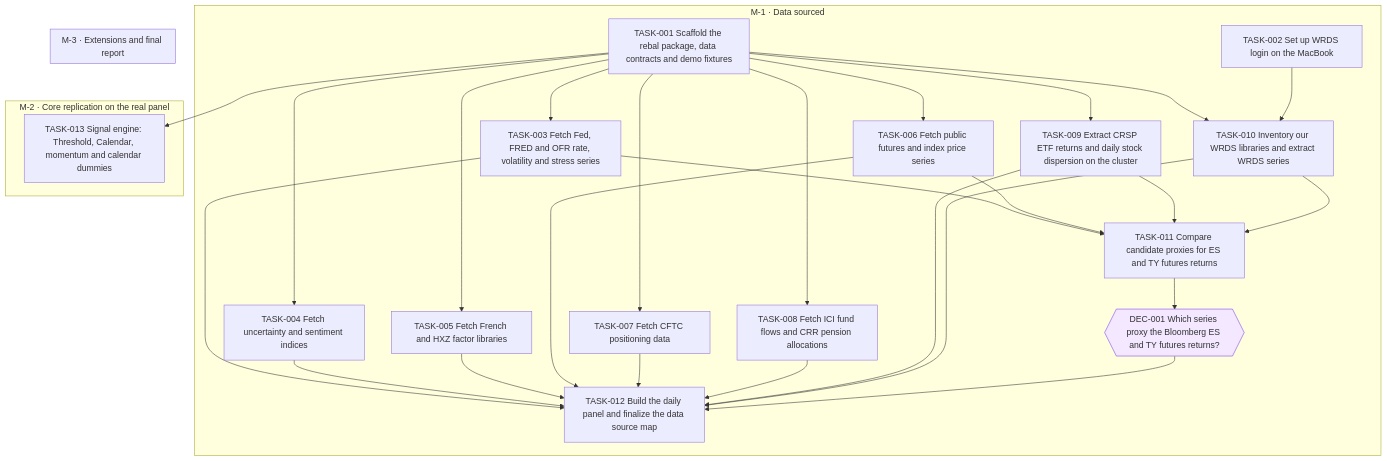
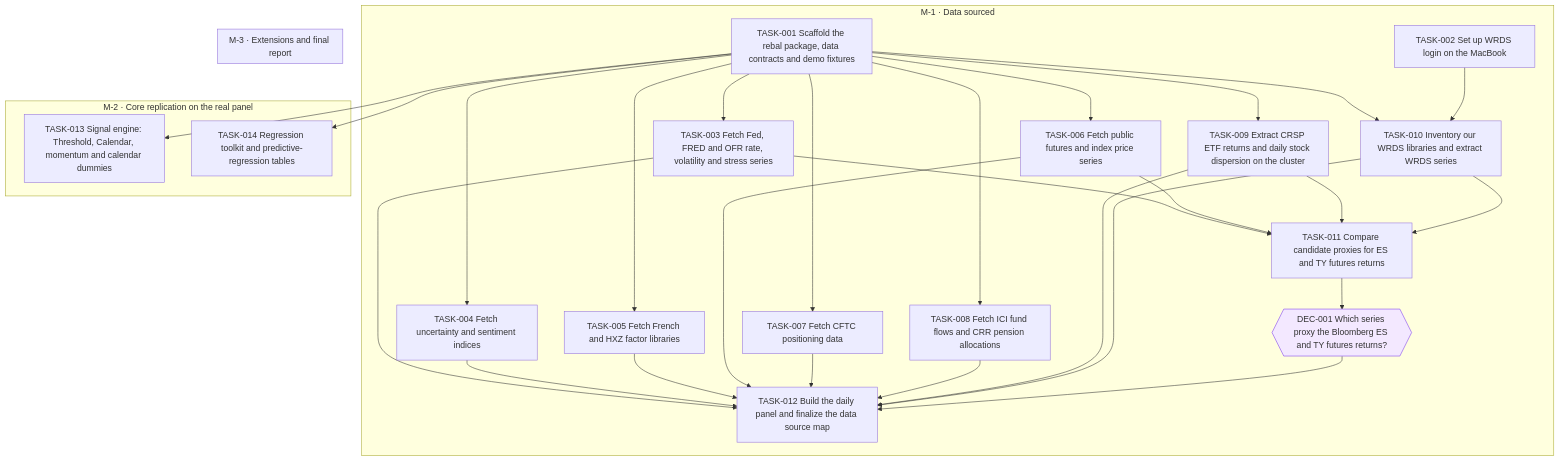
Before and after one commit to jesusvillota/replicate: the diagram in goals/hmm-rebalancing/README.md, drawn with Mermaid. The commit also changed 1 other file, not shown here.

Commit message:
goal(hmm-rebalancing): add TASK-014 Regression toolkit and predictive-regression tables

````diff
--- a/goals/hmm-rebalancing/README.md
+++ b/goals/hmm-rebalancing/README.md
@@ -126,51 +126,53 @@
 ```mermaid
 flowchart TD
   subgraph M_1["M-1 · Data sourced"]
     DEC_001{{"DEC-001 Which series proxy the Bloomberg ES and TY futures returns?"}}
     TASK_001["TASK-001 Scaffold the rebal package, data contracts and demo fixtures"]
     TASK_002["TASK-002 Set up WRDS login on the MacBook"]
     TASK_003["TASK-003 Fetch Fed, FRED and OFR rate, volatility and stress series"]
     TASK_004["TASK-004 Fetch uncertainty and sentiment indices"]
     TASK_005["TASK-005 Fetch French and HXZ factor libraries"]
     TASK_006["TASK-006 Fetch public futures and index price series"]
     TASK_007["TASK-007 Fetch CFTC positioning data"]
     TASK_008["TASK-008 Fetch ICI fund flows and CRR pension allocations"]
     TASK_009["TASK-009 Extract CRSP ETF returns and daily stock dispersion on the cluster"]
     TASK_010["TASK-010 Inventory our WRDS libraries and extract WRDS series"]
     TASK_011["TASK-011 Compare candidate proxies for ES and TY futures returns"]
     TASK_012["TASK-012 Build the daily panel and finalize the data source map"]
   end
   subgraph M_2["M-2 · Core replication on the real panel"]
     TASK_013["TASK-013 Signal engine: Threshold, Calendar, momentum and calendar dummies"]
+    TASK_014["TASK-014 Regression toolkit and predictive-regression tables"]
   end
   subgraph M_3["M-3 · Extensions and final report"]
   end
   TASK_011 --> DEC_001
   TASK_001 --> TASK_003
   TASK_001 --> TASK_004
   TASK_001 --> TASK_005
   TASK_001 --> TASK_006
   TASK_001 --> TASK_007
   TASK_001 --> TASK_008
   TASK_001 --> TASK_009
   TASK_001 --> TASK_010
   TASK_002 --> TASK_010
   TASK_003 --> TASK_011
   TASK_006 --> TASK_011
   TASK_009 --> TASK_011
   TASK_010 --> TASK_011
   TASK_003 --> TASK_012
   TASK_004 --> TASK_012
   TASK_005 --> TASK_012
   TASK_006 --> TASK_012
   TASK_007 --> TASK_012
   TASK_008 --> TASK_012
   TASK_009 --> TASK_012
   TASK_010 --> TASK_012
   DEC_001 --> TASK_012
   TASK_001 --> TASK_013
+  TASK_001 --> TASK_014
   classDef draft stroke-dasharray: 4 3
   classDef cancelled opacity:0.45
   classDef decision fill:#f3e8ff,stroke:#7c3aed
   class DEC_001 decision
 ```
````
